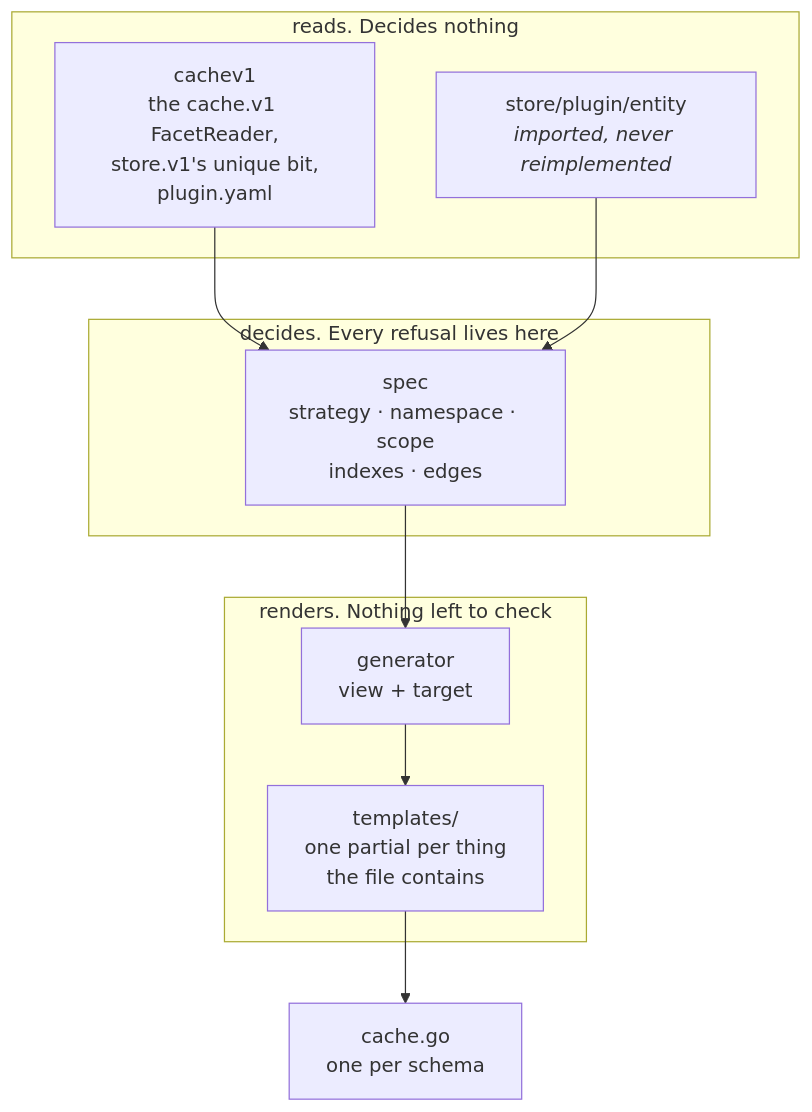
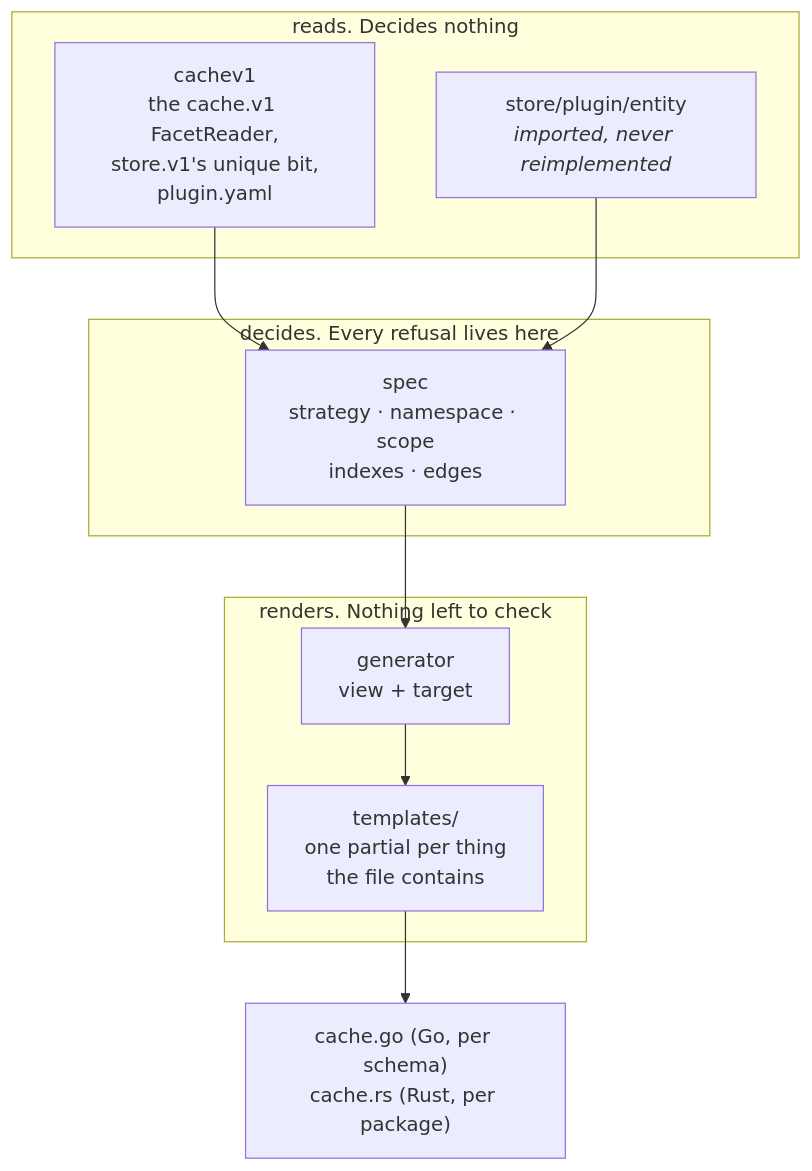
The fifth of 5 diagrams in README.md (the-protobuf-project/cache), drawn with Mermaid before and after one commit. The commit also changed other lines of this file, not shown here.

First line of the commit message:
docs(readme): Go and Rust as equal tracks, and a setup guide

````diff
--- a/README.md
+++ b/README.md
@@ -693,22 +1009,22 @@
 ```mermaid
 flowchart TB
     subgraph read["reads. Decides nothing"]
         CV["cachev1<br/>the cache.v1 FacetReader,<br/>store.v1's unique bit,<br/>plugin.yaml"]
         ER["store/plugin/entity<br/><i>imported, never reimplemented</i>"]
     end
 
     subgraph decide["decides. Every refusal lives here"]
         SP["spec<br/>strategy · namespace · scope<br/>indexes · edges"]
     end
 
     subgraph render["renders. Nothing left to check"]
         GN["generator<br/>view + target"]
         TM["templates/<br/>one partial per thing<br/>the file contains"]
     end
 
     CV --> SP
     ER --> SP
     SP --> GN
     GN --> TM
-    TM --> OUT["cache.go<br/>one per schema"]
+    TM --> OUT["cache.go (Go, per schema)<br/>cache.rs (Rust, per package)"]
 ```
````
